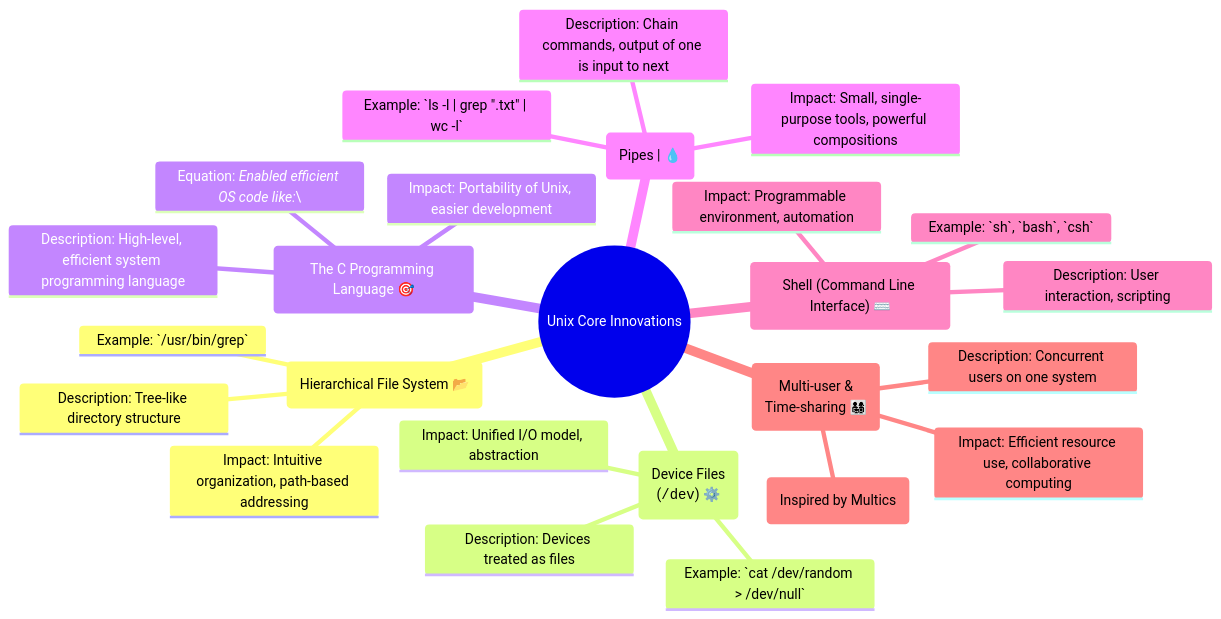
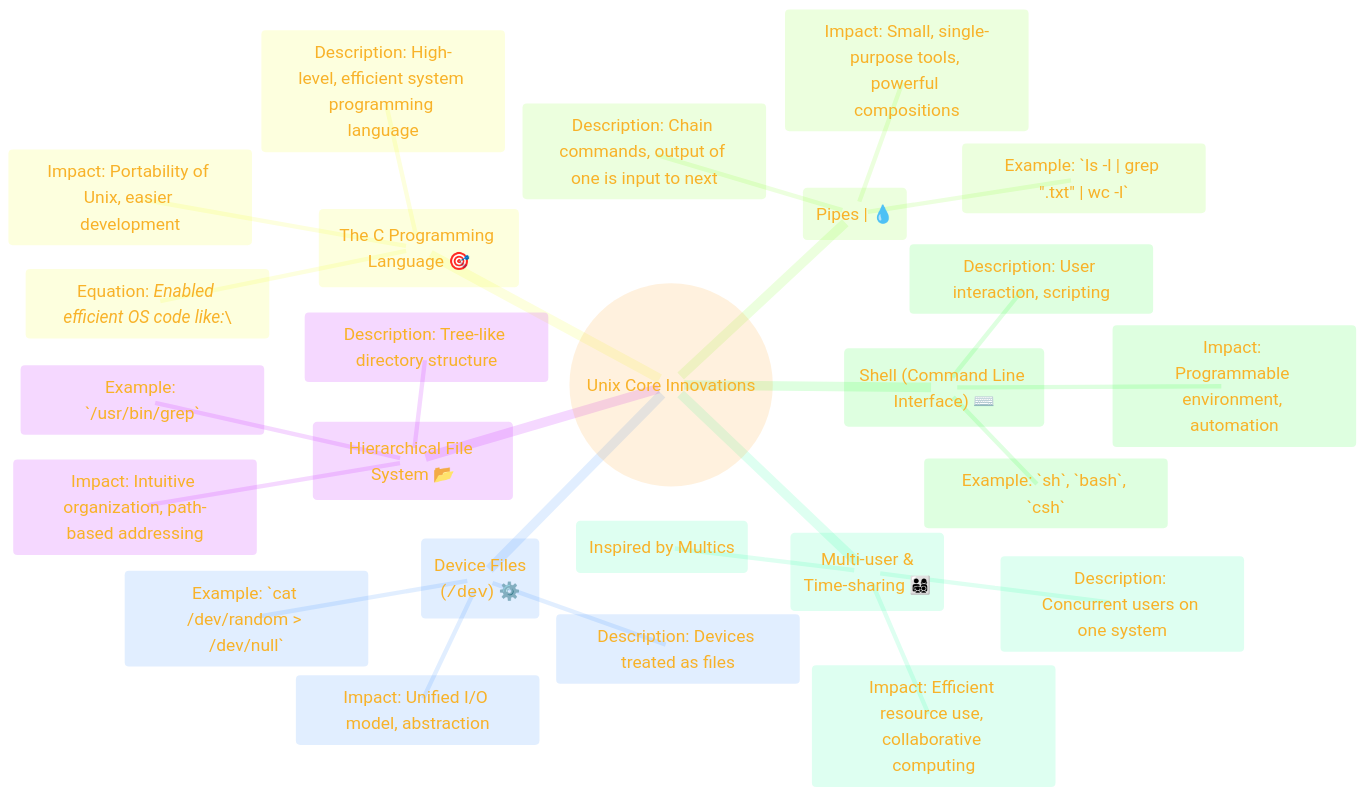
One commit to CongLeSolutionX/Digital-Bedrock-Landscape changed the third of 7 diagrams in THE_PAST/PART-4_Consolidated_info.md. Above: the diagram before and after it, drawn with Mermaid. The commit also changed other lines of this file, not shown here.

````diff
--- a/THE_PAST/PART-4_Consolidated_info.md
+++ b/THE_PAST/PART-4_Consolidated_info.md
@@ -199,35 +199,63 @@
 ```mermaid
+---
+title: "Core Unix Innovations & Their Significance"
+author: "Cong Le"
+version: "1.0"
+license(s): "MIT, CC BY 4.0"
+copyright: "Copyright (c) 2025 Cong Le. All Rights Reserved."
+config:
+  theme: base
+---
+%%%%%%%% Mermaid version v11.4.1-b.14
+%%{
+  init: {
+    'fontFamily': 'American Typewriter',
+    'mindmap': {
+	    'nodeAlign': 'center',
+	    'padding': 20
+    },
+    'themeVariables': {
+      'primaryColor': '#FC82',
+      'primaryTextColor': '#F8B229',
+      'primaryBorderColor': '#27AE60',
+      'secondaryColor': '#EBF3',
+      'secondaryTextColor': '#6C3483',
+      'secondaryBorderColor': '#A569BD',
+      'fontSize': '20px'
+    }
+  }
+}%%
 mindmap
   root((Unix Core Innovations))
     (Hierarchical File System 📂)
       ::icon(fa fa-folder-tree)
       Description: Tree-like directory structure
       Impact: Intuitive organization, path-based addressing
       Example: `/usr/bin/grep`
     ("Device Files<br/>(<code>/dev</code>) ⚙️")
       ::icon(fa fa-cog)
       Description: Devices treated as files
       Impact: Unified I/O model, abstraction
       Example: `cat /dev/random > /dev/null`
     ("The C Programming Language 🎯")
       ::icon(fa fa-bullseye)
       Description: High-level, efficient system programming language
       Impact: Portability of Unix, easier development
       Equation: *Enabled efficient OS code like:*\
       %% `while ((c = getchar()) != EOF)`
     ("Pipes <char>|</char> 💧")
       ::icon(fa fa-water)
       Description: Chain commands, output of one is input to next
       Impact: Small, single-purpose tools, powerful compositions
       Example: `ls -l | grep ".txt" | wc -l`
     ("Shell (Command Line Interface) ⌨️")
       ::icon(fa fa-keyboard)
       Description: User interaction, scripting
       Impact: Programmable environment, automation
       Example: `sh`, `bash`, `csh`
     ("Multi-user &<br/> Time-sharing 👨‍👩‍👧‍👦")
       ::icon(fa fa-users)
       Description: Concurrent users on one system
       Impact: Efficient resource use, collaborative computing
       (Inspired by Multics)
 ```
````
